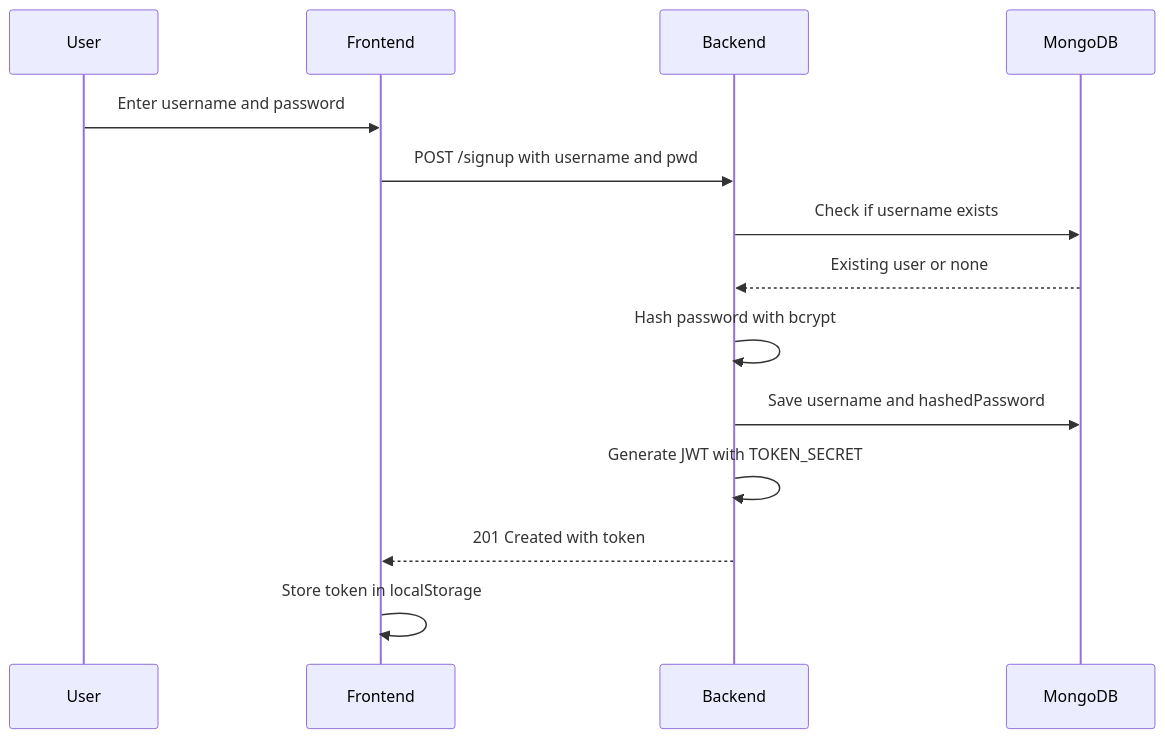
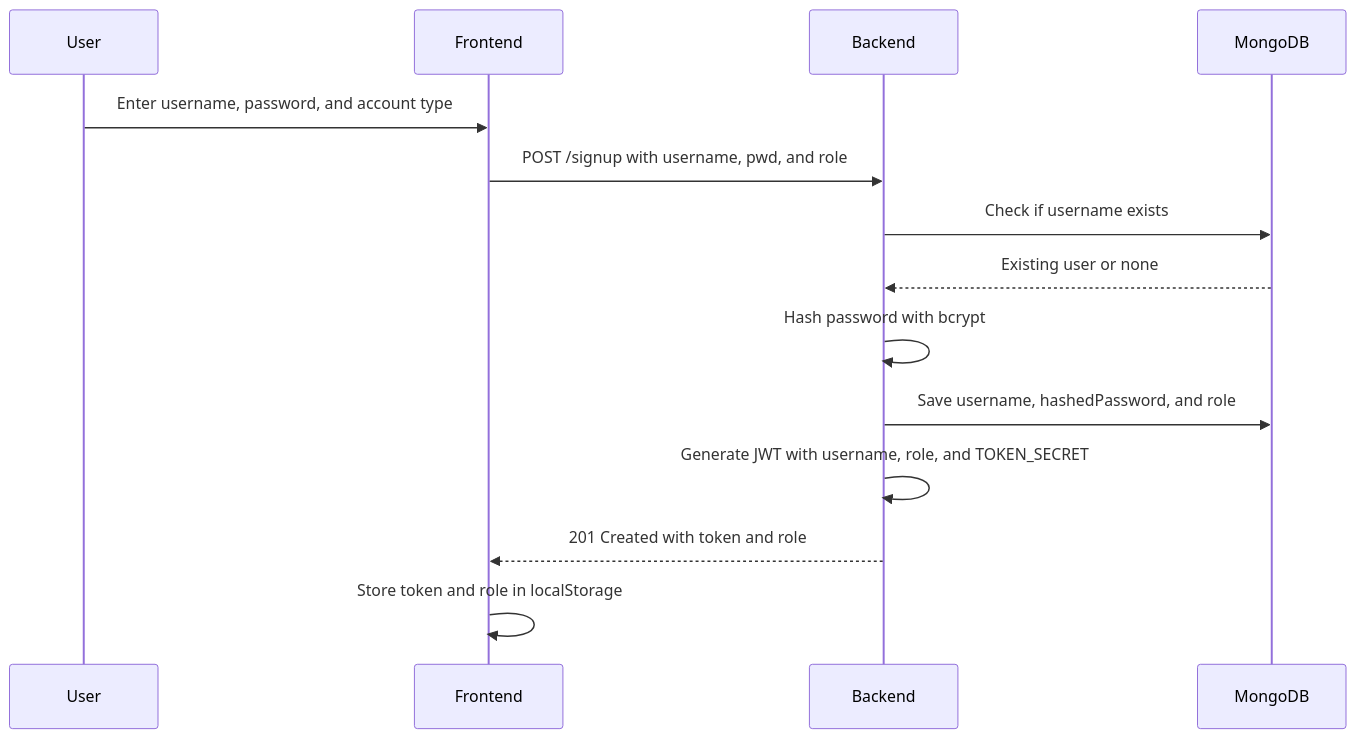
One commit to jaydonkc/gitgoblins_project changed the first of 3 diagrams in README.md. Above: the diagram before and after it, drawn with Mermaid. The commit also changed other lines of this file and 10 other files, not shown here.

````diff
--- a/README.md
+++ b/README.md
@@ -66,17 +66,17 @@
 ```mermaid
 sequenceDiagram
   participant User
   participant Frontend
   participant Backend
   participant MongoDB
 
-  User->>Frontend: Enter username and password
-  Frontend->>Backend: POST /signup with username and pwd
+  User->>Frontend: Enter username, password, and account type
+  Frontend->>Backend: POST /signup with username, pwd, and role
   Backend->>MongoDB: Check if username exists
   MongoDB-->>Backend: Existing user or none
   Backend->>Backend: Hash password with bcrypt
-  Backend->>MongoDB: Save username and hashedPassword
-  Backend->>Backend: Generate JWT with TOKEN_SECRET
-  Backend-->>Frontend: 201 Created with token
-  Frontend->>Frontend: Store token in localStorage
+  Backend->>MongoDB: Save username, hashedPassword, and role
+  Backend->>Backend: Generate JWT with username, role, and TOKEN_SECRET
+  Backend-->>Frontend: 201 Created with token and role
+  Frontend->>Frontend: Store token and role in localStorage
 ```
````
